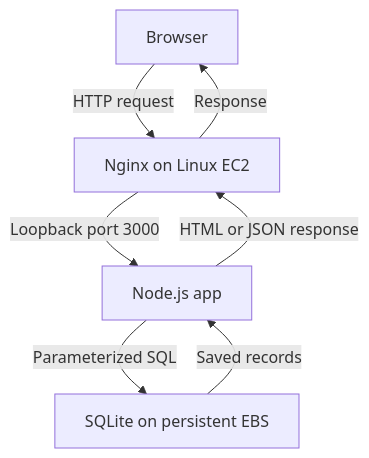
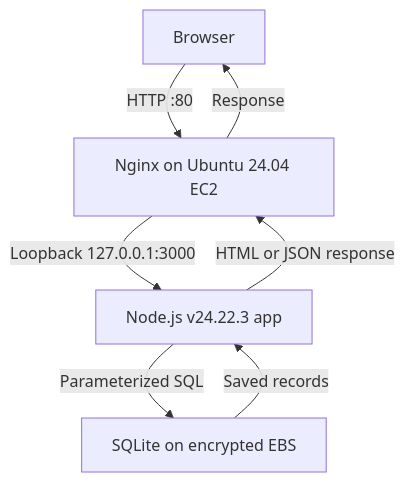
The diagram in README.md (Kanishka-Reddy/dns-and-dragons), drawn with Mermaid before and after one commit. The commit also changed other lines of this file, not shown here.

Commit message:
Document live EC2 deployment URL and architecture

````diff
--- a/README.md
+++ b/README.md
@@ -39,9 +43,9 @@
 ```mermaid
 flowchart TD
-  A[Browser] -->|HTTP request| B[Nginx on Linux EC2]
-  B -->|Loopback port 3000| C[Node.js app]
-  C -->|Parameterized SQL| D[SQLite on persistent EBS]
+  A[Browser] -->|HTTP :80| B[Nginx on Ubuntu 24.04 EC2]
+  B -->|Loopback 127.0.0.1:3000| C[Node.js v24.22.3 app]
+  C -->|Parameterized SQL| D[SQLite on encrypted EBS]
   D -->|Saved records| C
   C -->|HTML or JSON response| B
   B -->|Response| A
 ```
````
